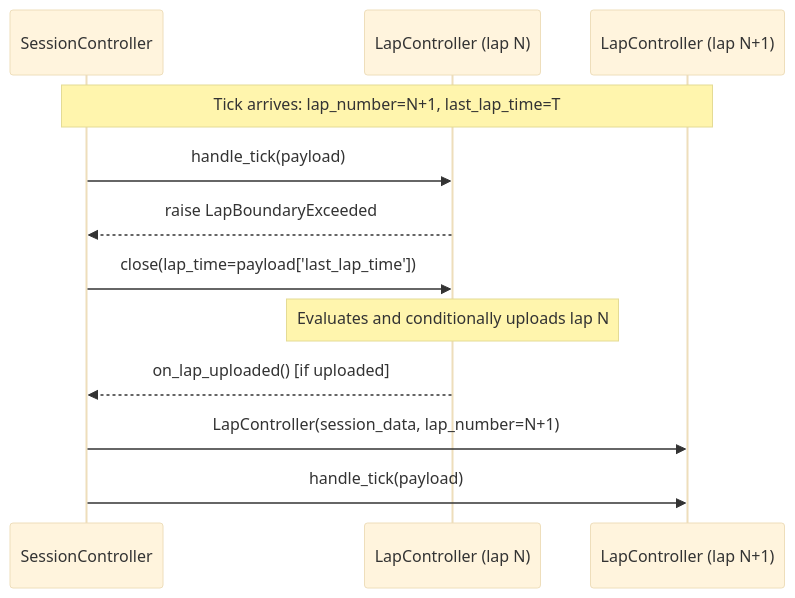
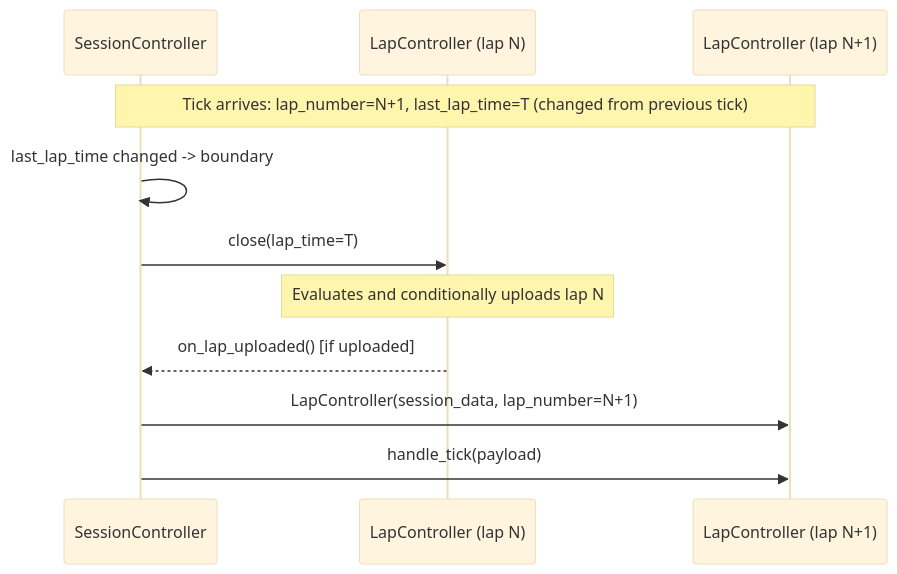
One commit to paskalwolski/pData changed the second of 3 diagrams in docs/architecture.md. Above: the diagram before and after it, drawn with Mermaid (base theme). The commit also changed other lines of this file and 2 other files, not shown here.

First line of the commit message:
Flips to using lap time as lap start delimiter

````diff
--- a/docs/architecture.md
+++ b/docs/architecture.md
@@ -65,18 +69,16 @@
 ```mermaid
 sequenceDiagram
     participant SC as SessionController
     participant LC_old as LapController (lap N)
     participant LC_new as LapController (lap N+1)
 
-    Note over SC,LC_new: Tick arrives: lap_number=N+1, last_lap_time=T
+    Note over SC,LC_new: Tick arrives: lap_number=N+1, last_lap_time=T (changed from previous tick)
 
-    SC->>LC_old: handle_tick(payload)
-    LC_old-->>SC: raise LapBoundaryExceeded
-
-    SC->>LC_old: close(lap_time=payload['last_lap_time'])
+    SC->>SC: last_lap_time changed -> boundary
+    SC->>LC_old: close(lap_time=T)
     Note over LC_old: Evaluates and conditionally uploads lap N
     LC_old-->>SC: on_lap_uploaded() [if uploaded]
 
     SC->>LC_new: LapController(session_data, lap_number=N+1)
     SC->>LC_new: handle_tick(payload)
 ```
````
